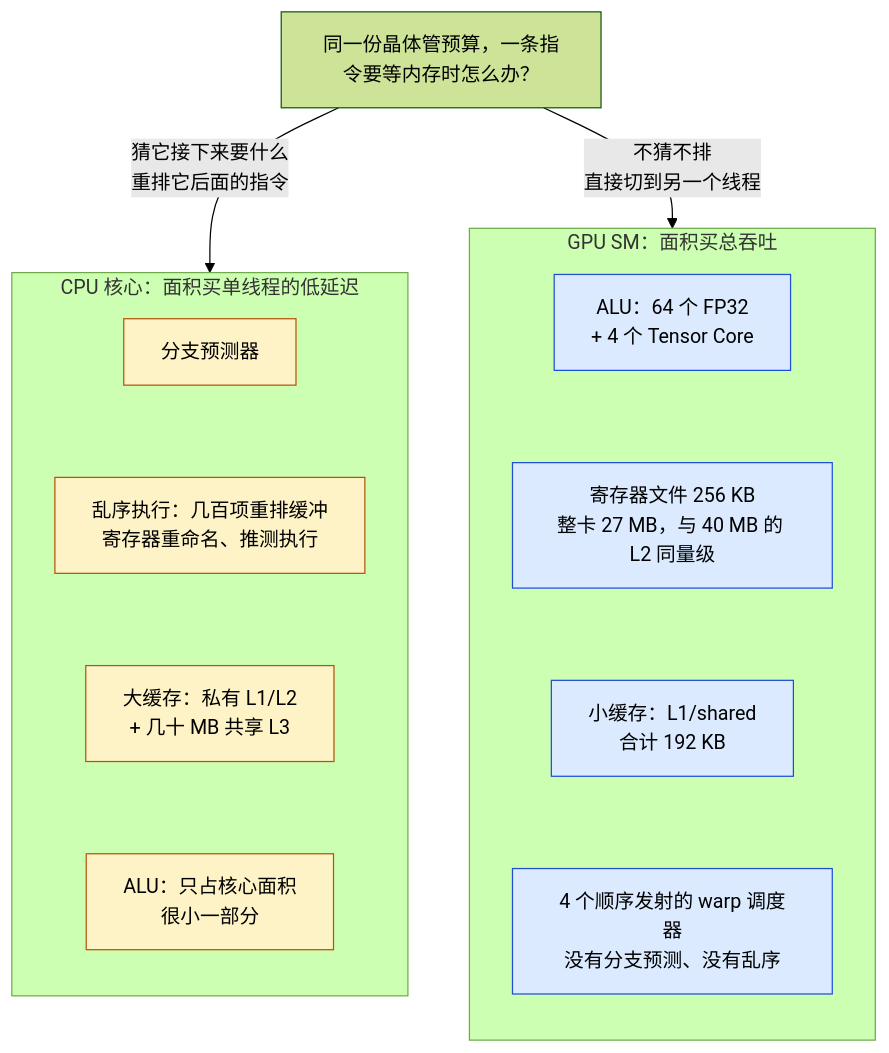
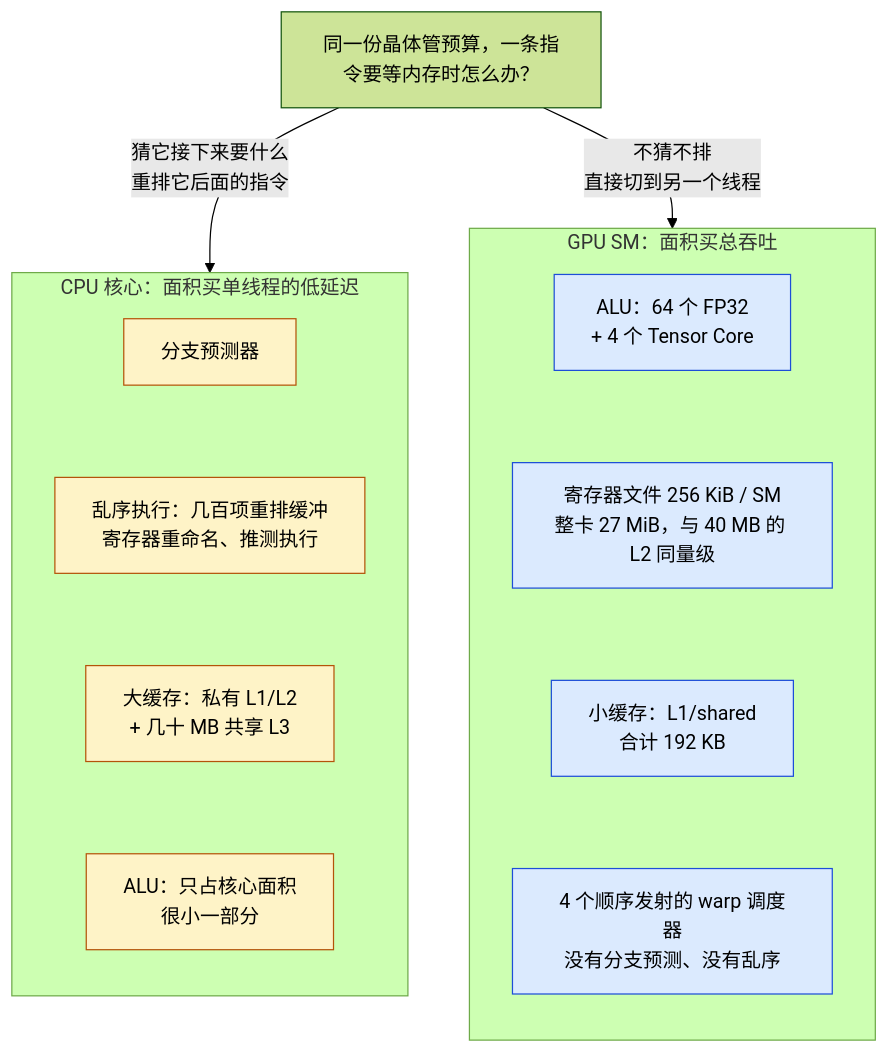
One commit to arganzheng/arganzheng.github.com changed the first of 15 diagrams in _posts/2026-05-11-gpu-architecture-and-roofline.md. Above: the diagram before and after it, drawn with Mermaid (forest theme). The commit also changed other lines of this file and 5 other files, not shown here.

````diff
--- a/_posts/2026-05-11-gpu-architecture-and-roofline.md
+++ b/_posts/2026-05-11-gpu-architecture-and-roofline.md
@@ -50,17 +50,17 @@
 ```mermaid
 %% 同一份晶体管预算，CPU 与 GPU 各花在了哪里
 flowchart TB
     classDef cpu fill:#fef3c7,stroke:#b45309
     classDef gpu fill:#dbeafe,stroke:#1d4ed8
     Q["同一份晶体管预算，一条指令要等内存时怎么办？"]
     subgraph CPU["CPU 核心：面积买单线程的低延迟"]
         direction TB
         C1["分支预测器"]:::cpu ~~~ C2["乱序执行：几百项重排缓冲<br/>寄存器重命名、推测执行"]:::cpu ~~~ C3["大缓存：私有 L1/L2<br/>+ 几十 MB 共享 L3"]:::cpu ~~~ C4["ALU：只占核心面积<br/>很小一部分"]:::cpu
     end
     subgraph GPU["GPU SM：面积买总吞吐"]
         direction TB
-        G1["ALU：64 个 FP32<br/>+ 4 个 Tensor Core"]:::gpu ~~~ G2["寄存器文件 256 KB<br/>整卡 27 MB，与 40 MB 的 L2 同量级"]:::gpu ~~~ G3["小缓存：L1/shared<br/>合计 192 KB"]:::gpu ~~~ G4["4 个顺序发射的 warp 调度器<br/>没有分支预测、没有乱序"]:::gpu
+        G1["ALU：64 个 FP32<br/>+ 4 个 Tensor Core"]:::gpu ~~~ G2["寄存器文件 256 KiB / SM<br/>整卡 27 MiB，与 40 MB 的 L2 同量级"]:::gpu ~~~ G3["小缓存：L1/shared<br/>合计 192 KB"]:::gpu ~~~ G4["4 个顺序发射的 warp 调度器<br/>没有分支预测、没有乱序"]:::gpu
     end
     Q -->|"猜它接下来要什么<br/>重排它后面的指令"| CPU
     Q -->|"不猜不排<br/>直接切到另一个线程"| GPU
 ```
````
